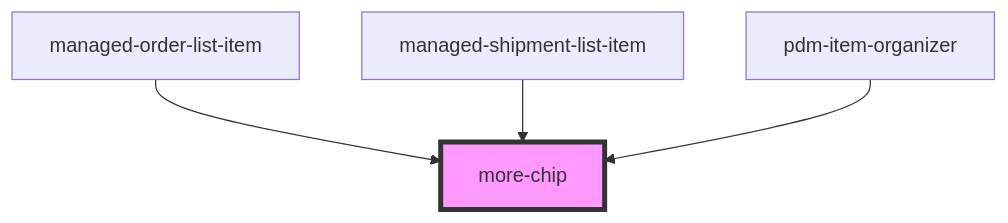
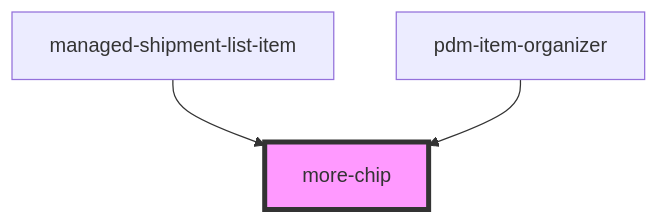
Before and after one commit to PharmaLedger-IMI/fgt-workspace: the diagram in pdm-web-components/src/components/more-chip/readme.md, drawn with Mermaid. The commit also changed other lines of this file and 26 other files, not shown here.

````diff
--- a/pdm-web-components/src/components/more-chip/readme.md
+++ b/pdm-web-components/src/components/more-chip/readme.md
@@ -32,7 +31,6 @@
 ```mermaid
 graph TD;
-  managed-order-list-item --> more-chip
   managed-shipment-list-item --> more-chip
   pdm-item-organizer --> more-chip
   style more-chip fill:#f9f,stroke:#333,stroke-width:4px
 ```
````
